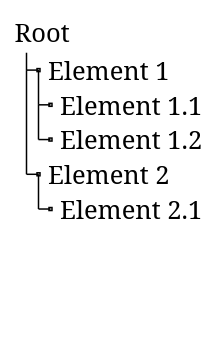
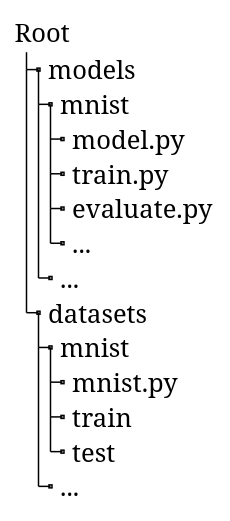
One commit to Dillonsd/ENEL592Assignment2 changed the diagram in report.adoc. Above: the diagram before and after it, drawn with PlantUML. The commit also changed other lines of this file and 9 other files, not shown here.

Commit message:
MNIST dataset, model, and training

```diff
--- a/report.adoc
+++ b/report.adoc
@@ -62,35 +61,25 @@
 [plantuml, format=svg, opts="inline"]
 ----
 skinparam Legend {
 	BackgroundColor transparent
-	BorderThickness 0
+	BorderColor transparent
 	FontName "Noto Serif", "DejaVu Serif", serif
 	FontSize 17
 }
-
-' We use skinparams to hide our dummy participant
-' and make it as little space as possible
-skinparam SequenceLifeLineBorderThickness 0
-skinparam SequenceLifeLineBorderColor transparent
-skinparam SequenceParticipant {
-	BackgroundColor transparent
-	BorderColor transparent
-	Shadowing false
-	FontSize 0
-	BorderThickness 0
-	Padding 0
-}
-hide footbox
-
-' "participant" nudges PlantUML to a sequence diagram
-participant dummy
-
-legend top left
+legend
 Root
-|_ Element 1
-  |_ Element 1.1
-  |_ Element 1.2
-|_ Element 2
-  |_ Element 2.1
+|_ models
+  |_ mnist
+		|_ model.py
+		|_ train.py
+		|_ evaluate.py
+		|_ ...
+  |_ ...
+|_ datasets
+  |_ mnist
+		|_ mnist.py
+		|_ train
+		|_ test
+	|_ ...
 end legend
 ----
```
